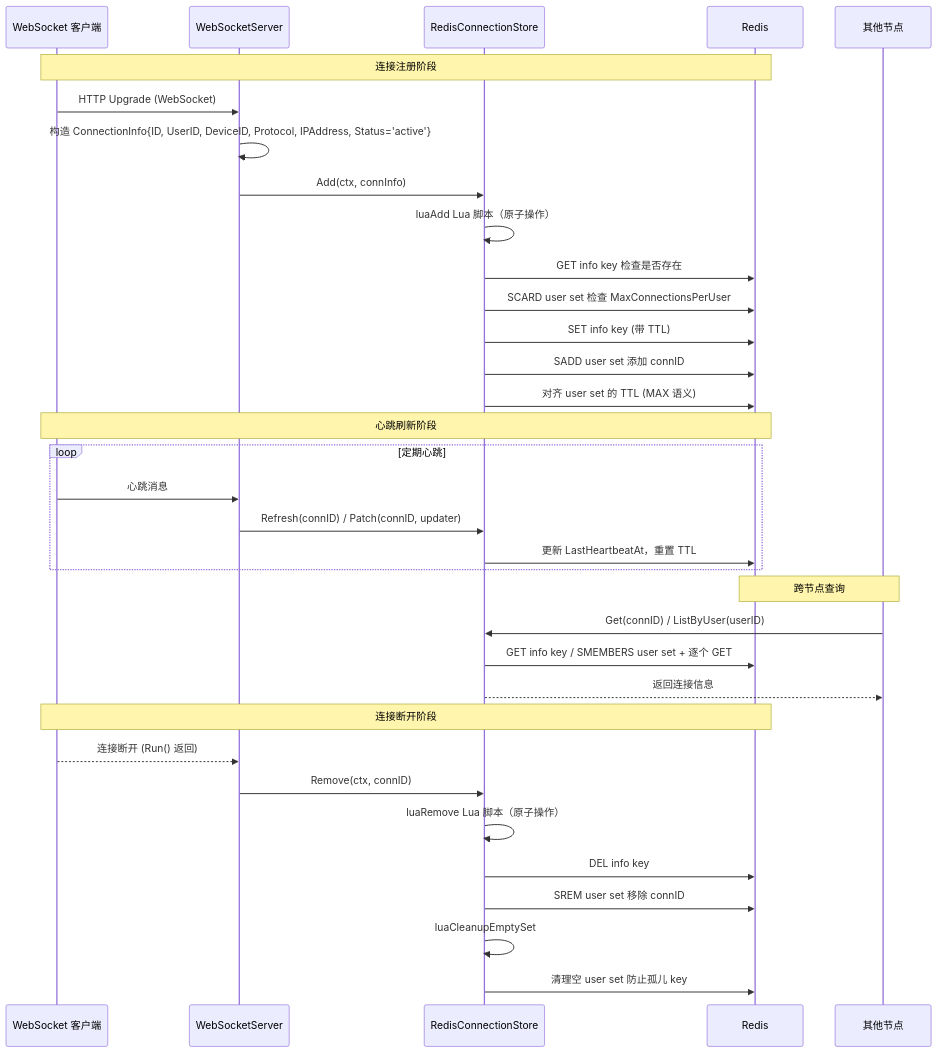
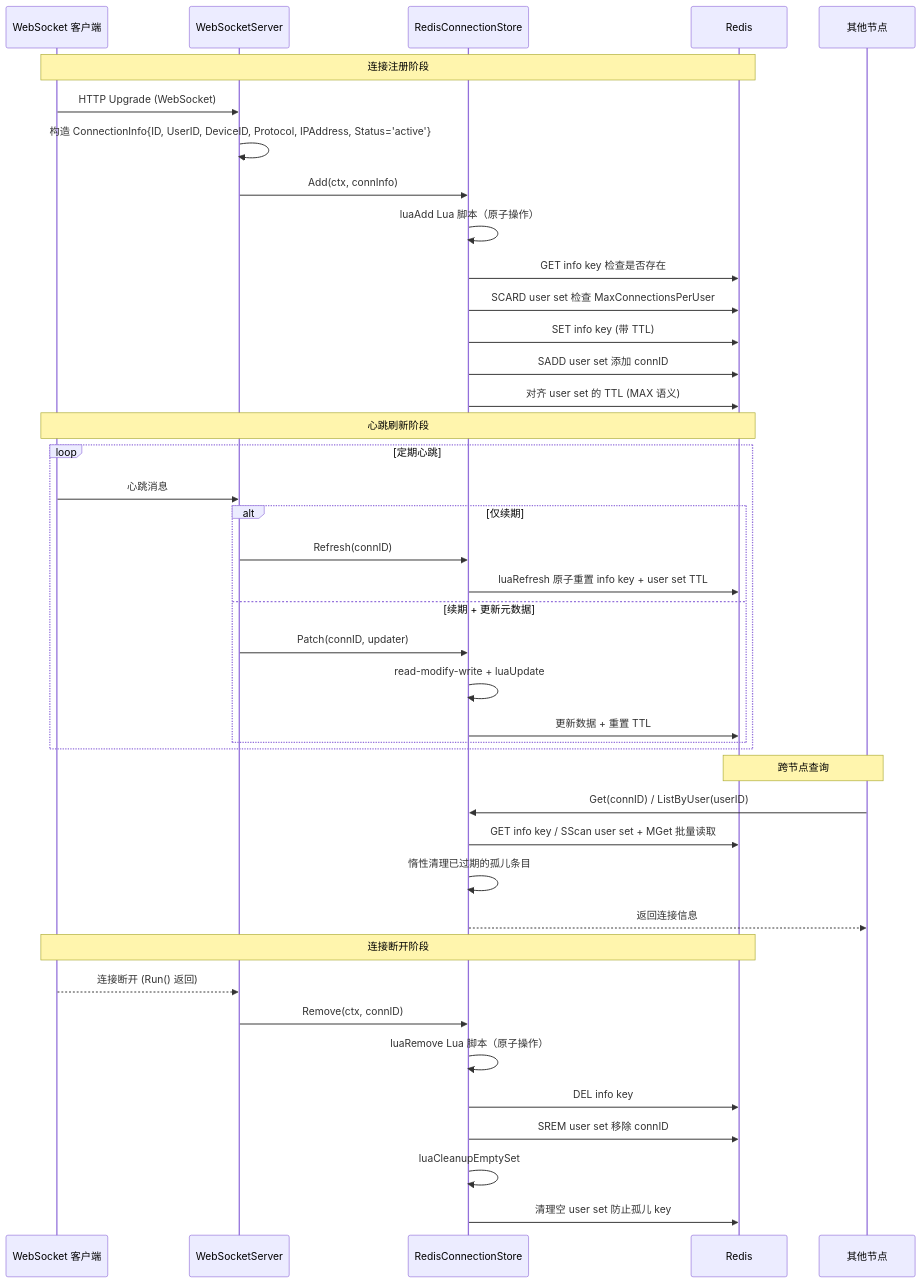
One commit to PineappleBond/xyncra-server changed the second of 5 diagrams in wiki/flows/broadcasting.md. Above: the diagram before and after it, drawn with Mermaid. The commit also changed other lines of this file and 21 other files, not shown here.

````diff
--- a/wiki/flows/broadcasting.md
+++ b/wiki/flows/broadcasting.md
@@ -92,40 +92,47 @@
 ```mermaid
 sequenceDiagram
     participant Client as WebSocket 客户端
     participant WS as WebSocketServer
     participant Store as RedisConnectionStore
     participant Redis as Redis
     participant OtherNode as 其他节点
 
     Note over Client,Redis: 连接注册阶段
     Client->>WS: HTTP Upgrade (WebSocket)
     WS->>WS: 构造 ConnectionInfo{ID, UserID, DeviceID, Protocol, IPAddress, Status='active'}
     WS->>Store: Add(ctx, connInfo)
     Store->>Store: luaAdd Lua 脚本（原子操作）
     Store->>Redis: GET info key 检查是否存在
     Store->>Redis: SCARD user set 检查 MaxConnectionsPerUser
     Store->>Redis: SET info key (带 TTL)
     Store->>Redis: SADD user set 添加 connID
     Store->>Redis: 对齐 user set 的 TTL (MAX 语义)
 
     Note over Client,Redis: 心跳刷新阶段
     loop 定期心跳
         Client->>WS: 心跳消息
-        WS->>Store: Refresh(connID) / Patch(connID, updater)
-        Store->>Redis: 更新 LastHeartbeatAt，重置 TTL
+        alt 仅续期
+            WS->>Store: Refresh(connID)
+            Store->>Redis: luaRefresh 原子重置 info key + user set TTL
+        else 续期 + 更新元数据
+            WS->>Store: Patch(connID, updater)
+            Store->>Store: read-modify-write + luaUpdate
+            Store->>Redis: 更新数据 + 重置 TTL
+        end
     end
 
     Note over OtherNode,Redis: 跨节点查询
     OtherNode->>Store: Get(connID) / ListByUser(userID)
-    Store->>Redis: GET info key / SMEMBERS user set + 逐个 GET
+    Store->>Redis: GET info key / SScan user set + MGet 批量读取
+    Store->>Store: 惰性清理已过期的孤儿条目
     Store-->>OtherNode: 返回连接信息
 
     Note over Client,Redis: 连接断开阶段
     Client-->>WS: 连接断开 (Run() 返回)
     WS->>Store: Remove(ctx, connID)
     Store->>Store: luaRemove Lua 脚本（原子操作）
     Store->>Redis: DEL info key
     Store->>Redis: SREM user set 移除 connID
     Store->>Store: luaCleanupEmptySet
     Store->>Redis: 清理空 user set 防止孤儿 key
 ```
````
